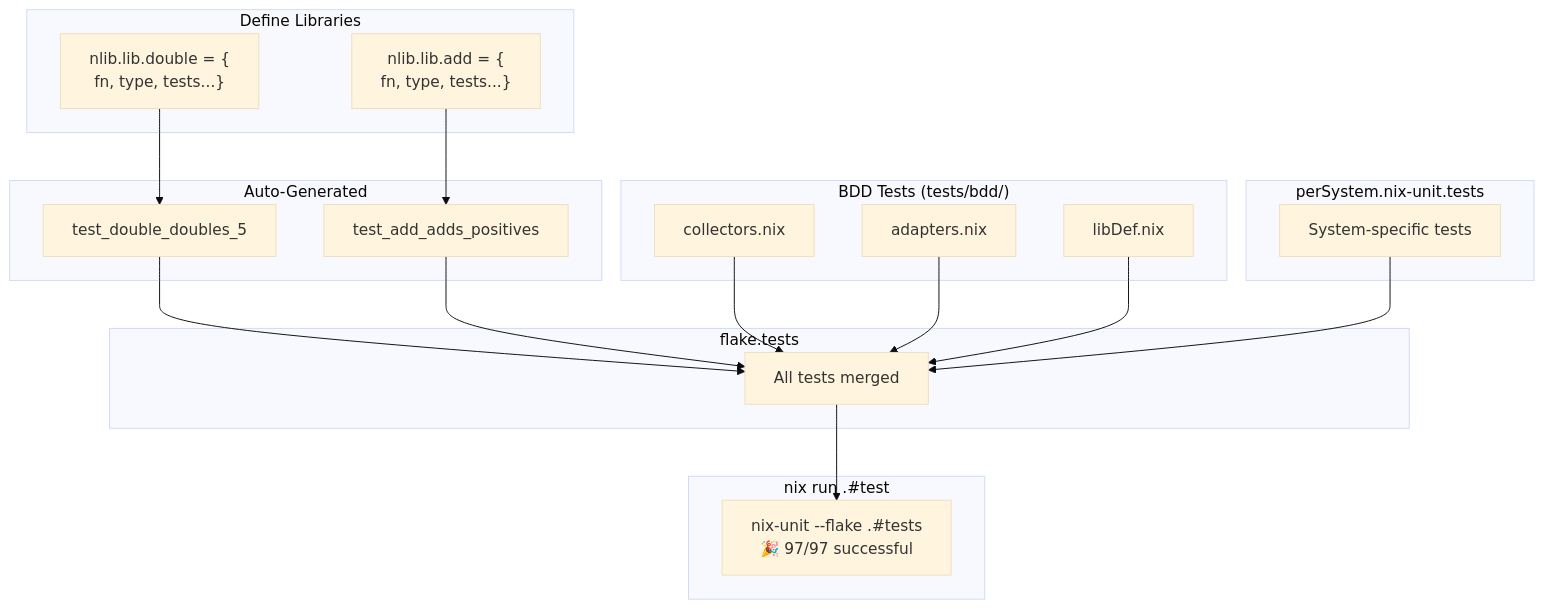
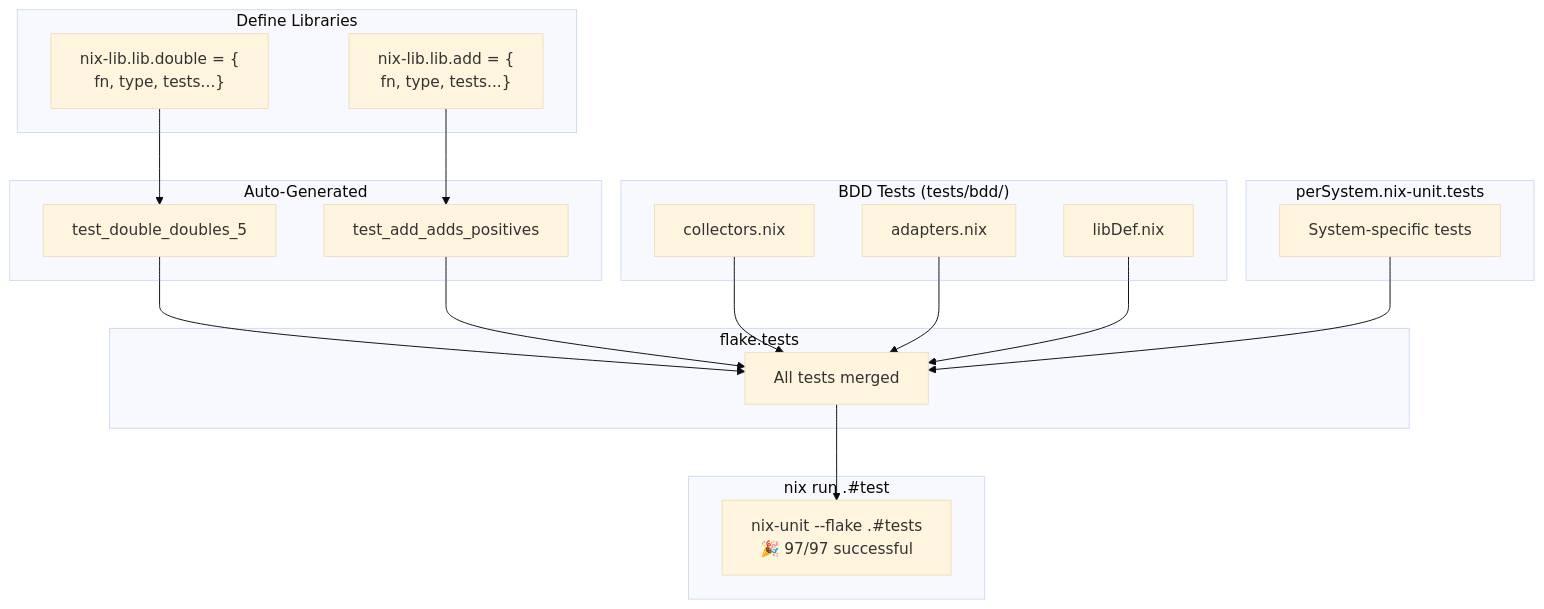
One commit to Dauliac/nix-lib changed the fourth of 4 diagrams in README.md. Above: the diagram before and after it, drawn with Mermaid (base theme). The commit also changed other lines of this file and 50 other files, not shown here.

First line of the commit message:
refactor: rename nlib to nix-lib

````diff
--- a/README.md
+++ b/README.md
@@ -347,40 +347,40 @@
 ```mermaid
 flowchart TB
     subgraph Define["Define Libraries"]
-        L1["nlib.lib.double = {<br/>fn, type, tests...}"]
-        L2["nlib.lib.add = {<br/>fn, type, tests...}"]
+        L1["nix-lib.lib.double = {<br/>fn, type, tests...}"]
+        L2["nix-lib.lib.add = {<br/>fn, type, tests...}"]
     end
 
     subgraph BDD["BDD Tests (tests/bdd/)"]
         B1["collectors.nix"]
         B2["adapters.nix"]
         B3["libDef.nix"]
     end
 
     subgraph PerSystem["perSystem.nix-unit.tests"]
         PS["System-specific tests"]
     end
 
     subgraph Generate["Auto-Generated"]
         G1["test_double_doubles_5"]
         G2["test_add_adds_positives"]
     end
 
     subgraph Merge["flake.tests"]
         M["All tests merged"]
     end
 
     subgraph Run["nix run .#test"]
         R["nix-unit --flake .#tests<br/>🎉 97/97 successful"]
     end
 
     L1 --> G1
     L2 --> G2
     G1 --> M
     G2 --> M
     B1 --> M
     B2 --> M
     B3 --> M
     PS --> M
     M --> R
 ```
````
